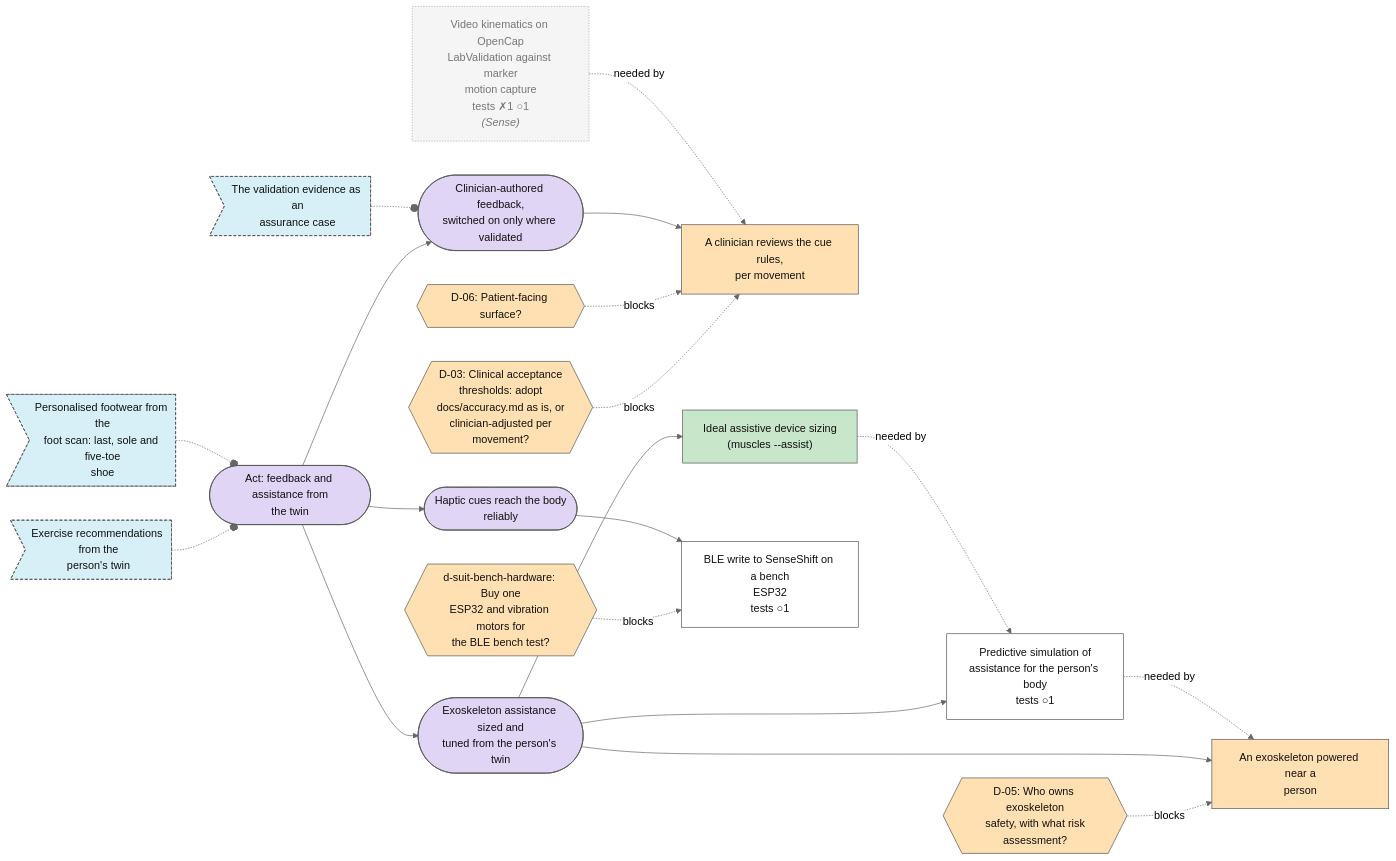
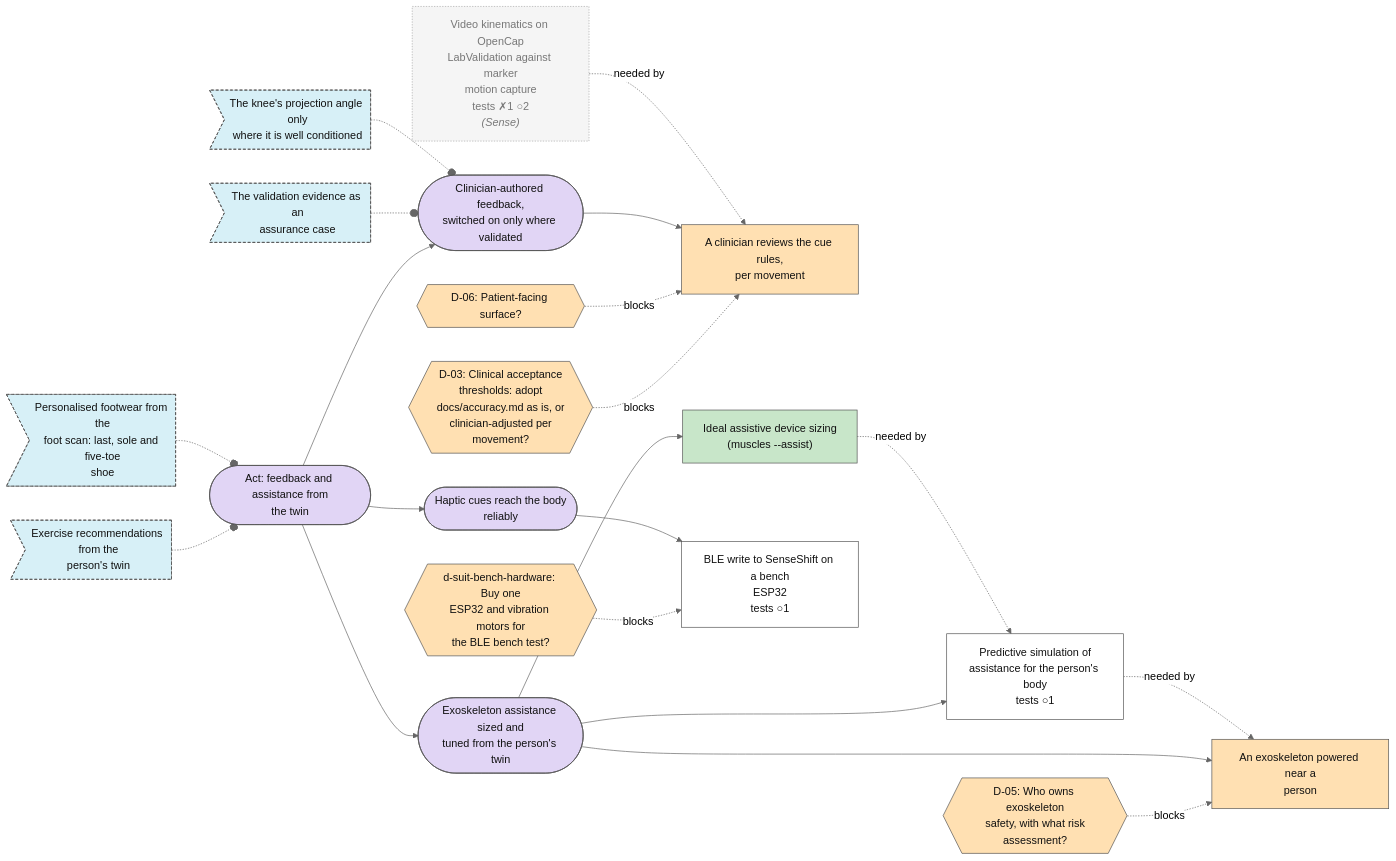
Before and after one commit to Sigurius23/Rehab-agent: the sixth of 7 diagrams in plan/MAP.md, drawn with Mermaid (neutral theme). The commit also changed other lines of this file and 8 other files, not shown here.

````diff
--- a/plan/MAP.md
+++ b/plan/MAP.md
@@ -358,57 +360,59 @@
 ```mermaid
 flowchart LR
   n0{{"D-03: Clinical acceptance<br/>thresholds: adopt<br/>docs/accuracy.md as is, or<br/>clinician-adjusted per<br/>movement?"}}:::decision_open
   n1{{"D-05: Who owns exoskeleton<br/>safety, with what risk<br/>assessment?"}}:::decision_open
   n2{{"D-06: Patient-facing surface?"}}:::decision_open
   n3["A clinician reviews the cue rules,<br/>per movement"]:::step_blocked
   n4{{"d-suit-bench-hardware: Buy one<br/>ESP32 and vibration motors for<br/>the BLE bench test?"}}:::decision_open
   n5["Predictive simulation of<br/>assistance for the person's body<br/>tests ○1"]:::step_open
   n6["An exoskeleton powered near a<br/>person"]:::step_blocked
   n7["Ideal assistive device sizing<br/>(muscles --assist)"]:::step_done
   n8(["Clinician-authored feedback,<br/>switched on only where validated"]):::goal_open
   n9(["Exoskeleton assistance sized and<br/>tuned from the person's twin"]):::goal_open
   n10(["Haptic cues reach the body<br/>reliably"]):::goal_open
   n11>"The validation evidence as an<br/>assurance case"]:::idea_new
   n12>"Exercise recommendations from the<br/>person's twin"]:::idea_new
-  n13>"Personalised footwear from the<br/>foot scan: last, sole and five-toe<br/>shoe"]:::idea_new
-  n14(["Act: feedback and assistance from<br/>the twin"]):::goal_open
-  n15["BLE write to SenseShift on a bench<br/>ESP32<br/>tests ○1"]:::step_open
-  n16["Video kinematics on OpenCap<br/>LabValidation against marker<br/>motion capture<br/>tests ✗1 ○1<br/><i>(Sense)</i>"]:::external
+  n13>"The knee's projection angle only<br/>where it is well conditioned"]:::idea_new
+  n14>"Personalised footwear from the<br/>foot scan: last, sole and five-toe<br/>shoe"]:::idea_new
+  n15(["Act: feedback and assistance from<br/>the twin"]):::goal_open
+  n16["BLE write to SenseShift on a bench<br/>ESP32<br/>tests ○1"]:::step_open
+  n17["Video kinematics on OpenCap<br/>LabValidation against marker<br/>motion capture<br/>tests ✗1 ○2<br/><i>(Sense)</i>"]:::external
   n0 -. blocks .-> n3
   n1 -. blocks .-> n6
   n2 -. blocks .-> n3
   n8 --> n3
-  n16 -. needed by .-> n3
-  n4 -. blocks .-> n15
+  n17 -. needed by .-> n3
+  n4 -. blocks .-> n16
   n9 --> n5
   n7 -. needed by .-> n5
   n9 --> n6
   n5 -. needed by .-> n6
   n9 --> n7
-  n14 --> n8
-  n14 --> n9
-  n14 --> n10
+  n15 --> n8
+  n15 --> n9
+  n15 --> n10
   n11 -.-o n8
-  n12 -.-o n14
-  n13 -.-o n14
-  n10 --> n15
+  n12 -.-o n15
+  n13 -.-o n8
+  n14 -.-o n15
+  n10 --> n16
   classDef goal_open fill:#e1d5f5,stroke:#555,color:#111
   classDef goal_done fill:#c8e6c9,stroke:#555,color:#111
   classDef step_open fill:#ffffff,stroke:#555,color:#111
   classDef step_doing fill:#fff3c4,stroke:#555,color:#111
   classDef step_done fill:#c8e6c9,stroke:#555,color:#111
   classDef step_blocked fill:#ffe0b2,stroke:#555,color:#111
   classDef step_dropped fill:#eeeeee,stroke:#555,color:#111
   classDef test_planned fill:#ffffff,stroke:#555,color:#111
   classDef test_running fill:#fff3c4,stroke:#555,color:#111
   classDef test_passed fill:#c8e6c9,stroke:#555,color:#111
   classDef test_failed fill:#ffcdd2,stroke:#555,color:#111
   classDef test_mixed fill:#fff3c4,stroke:#555,color:#111
   classDef test_dropped fill:#eeeeee,stroke:#555,color:#111
   classDef idea_new fill:#d7f0f7,stroke:#555,color:#111,stroke-dasharray: 4 3
   classDef idea_promoted fill:#eeeeee,stroke:#555,color:#111,stroke-dasharray: 4 3
   classDef idea_dropped fill:#eeeeee,stroke:#555,color:#111,stroke-dasharray: 4 3
   classDef decision_open fill:#ffe0b2,stroke:#555,color:#111
   classDef decision_decided fill:#ffe0b2,stroke:#555,color:#111
   classDef external fill:#f5f5f5,stroke:#aaa,color:#777,stroke-dasharray: 2 2
 ```
````
